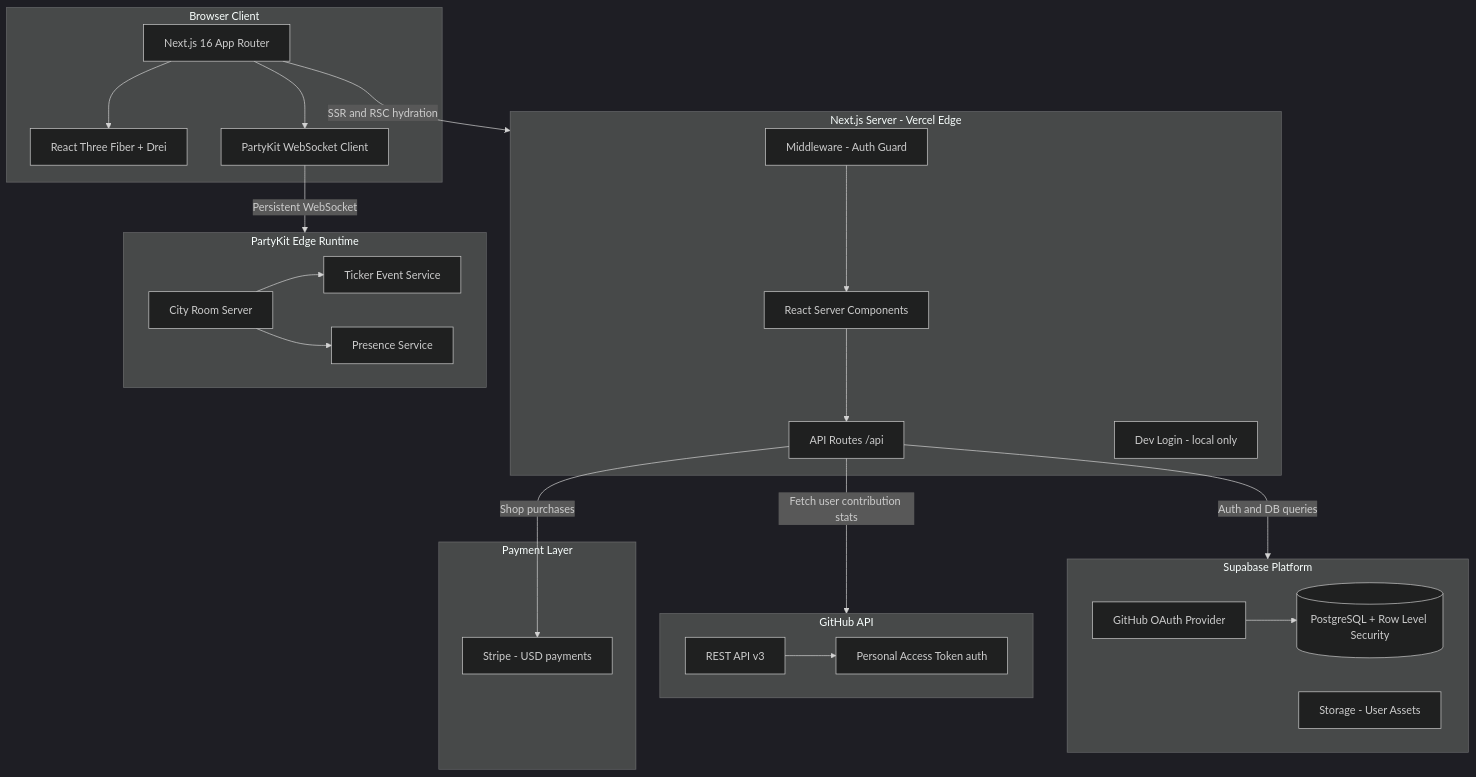
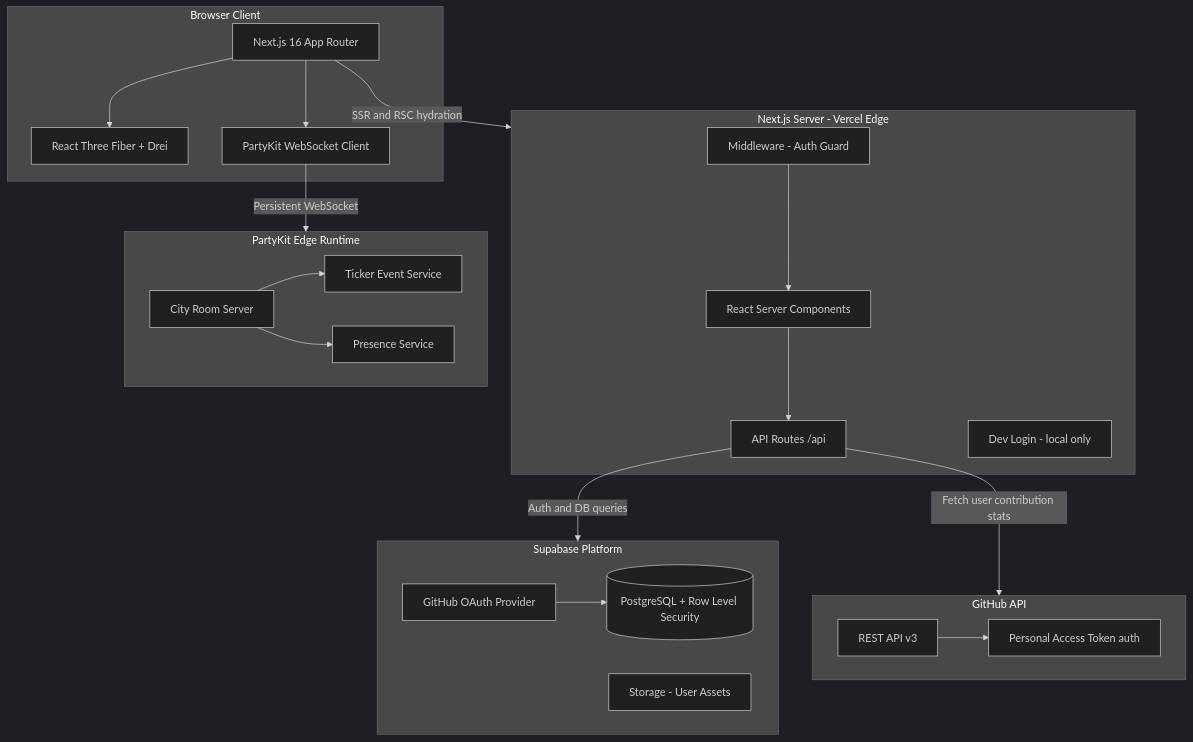
One commit to hardikkaurani/Git-City changed the first of 5 diagrams in README.md. Above: the diagram before and after it, drawn with Mermaid (dark theme). The commit also changed other lines of this file and 15 other files, not shown here.

````diff
--- a/README.md
+++ b/README.md
@@ -116,50 +115,44 @@
 ```mermaid
 graph TB
     subgraph Client [Browser Client]
         UI[Next.js 16 App Router]
         R3F[React Three Fiber + Drei]
         WSOCKET[PartyKit WebSocket Client]
         UI --> R3F
         UI --> WSOCKET
     end
 
     subgraph Vercel [Next.js Server - Vercel Edge]
         MW[Middleware - Auth Guard]
         RSC[React Server Components]
         APIROUTES[API Routes /api]
         DEV[Dev Login - local only]
         MW --> RSC
         RSC --> APIROUTES
     end
 
     subgraph SupabasePlatform [Supabase Platform]
         OAUTH[GitHub OAuth Provider]
         DB[(PostgreSQL + Row Level Security)]
         STORE[Storage - User Assets]
         OAUTH --> DB
     end
 
     subgraph GH [GitHub API]
         GH_REST[REST API v3]
         GH_TOKEN[Personal Access Token auth]
         GH_REST --> GH_TOKEN
     end
 
     subgraph PartyKit [PartyKit Edge Runtime]
         ROOM[City Room Server]
         TICKER_SVC[Ticker Event Service]
         PRESENCE_SVC[Presence Service]
         ROOM --> TICKER_SVC
         ROOM --> PRESENCE_SVC
     end
-
-    subgraph Payments [Payment Layer]
-        STRIPE[Stripe - USD payments]
-    end
-
     UI -->|SSR and RSC hydration| Vercel
     APIROUTES -->|Auth and DB queries| SupabasePlatform
     APIROUTES -->|Fetch user contribution stats| GH
     WSOCKET -->|Persistent WebSocket| PartyKit
-    APIROUTES -->|Shop purchases| STRIPE
 ```
````
